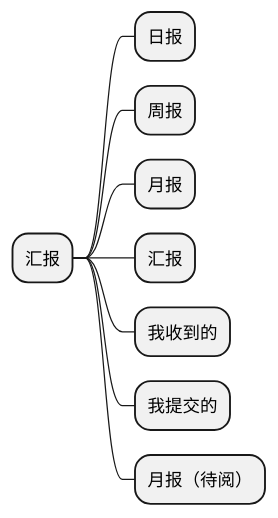
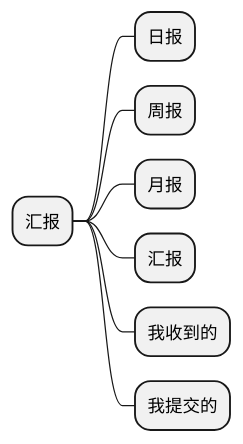
One commit to zj335841911/nt_chandao changed the diagram in ibizpms-docs/src/main/doc/v1/app/mob/reportNew.md. Above: the diagram before and after it, drawn with PlantUML. The commit also changed other lines of this file and 9 other files, not shown here.

```diff
--- a/ibizpms-docs/src/main/doc/v1/app/mob/reportNew.md
+++ b/ibizpms-docs/src/main/doc/v1/app/mob/reportNew.md
@@ -5,12 +5,11 @@
 {% plantuml %}
 @startmindmap
 * 汇报
 ** 日报
 ** 周报
 ** 月报
 ** 汇报
 ** 我收到的
 ** 我提交的
-** 月报（待阅）
 @endmindmap
 {% endplantuml %}
```
